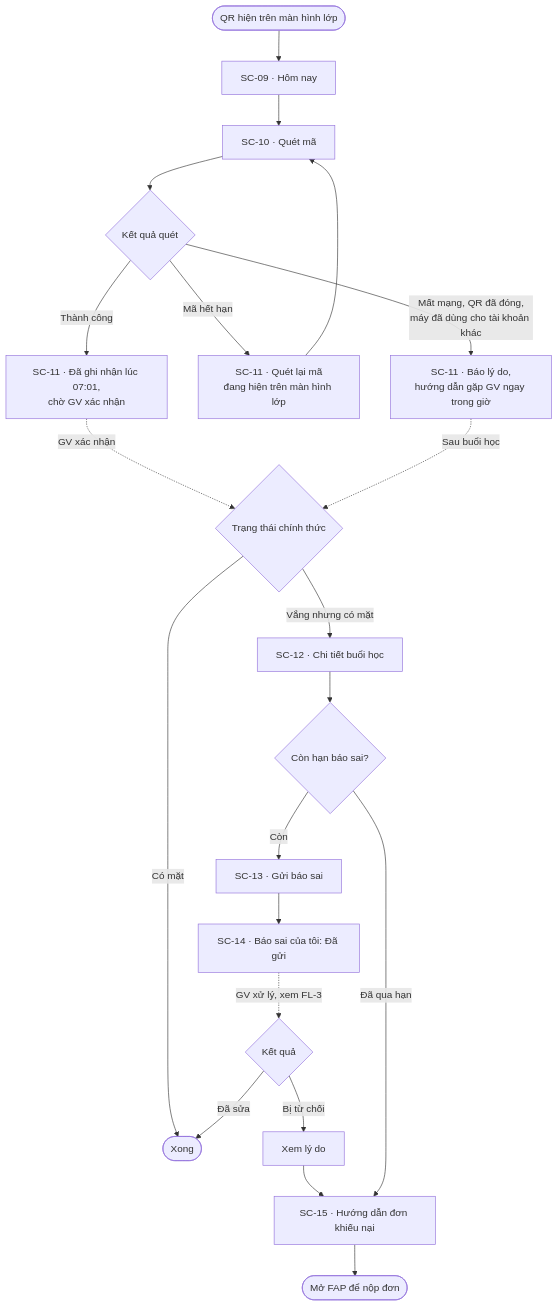
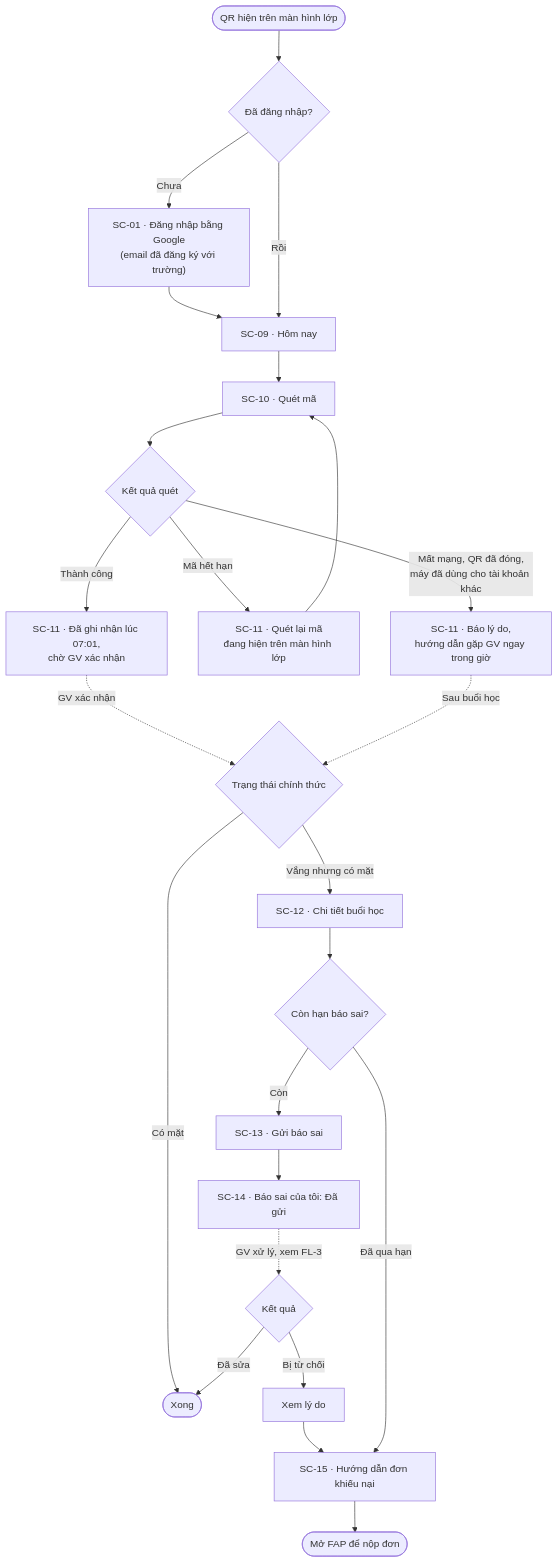
Before and after one commit to thiengthb/prm323-lab2-SE190533-archieve: the third of 4 diagrams in ux/user-flow.md, drawn with Mermaid. The commit also changed other lines of this file and 19 other files, not shown here.

````diff
--- a/ux/user-flow.md
+++ b/ux/user-flow.md
@@ -137,23 +145,26 @@
 ```mermaid
 flowchart TD
-    A([QR hiện trên màn hình lớp]) --> B["SC-09 · Hôm nay"]
+    A([QR hiện trên màn hình lớp]) --> A1{"Đã đăng nhập?"}
+    A1 -->|Chưa| S1["SC-01 · Đăng nhập bằng Google<br/>(email đã đăng ký với trường)"]
+    S1 --> B
+    A1 -->|Rồi| B["SC-09 · Hôm nay"]
     B --> C["SC-10 · Quét mã"]
     C --> D{"Kết quả quét"}
     D -->|Thành công| E["SC-11 · Đã ghi nhận lúc 07:01,<br/>chờ GV xác nhận"]
     D -->|Mã hết hạn| F["SC-11 · Quét lại mã<br/>đang hiện trên màn hình lớp"]
     F --> C
     D -->|"Mất mạng, QR đã đóng,<br/>máy đã dùng cho tài khoản khác"| G["SC-11 · Báo lý do,<br/>hướng dẫn gặp GV ngay trong giờ"]
     E -.->|GV xác nhận| H{"Trạng thái chính thức"}
     G -.->|Sau buổi học| H
     H -->|Có mặt| Z([Xong])
     H -->|Vắng nhưng có mặt| I["SC-12 · Chi tiết buổi học"]
     I --> J{"Còn hạn báo sai?"}
     J -->|Còn| K["SC-13 · Gửi báo sai"]
     K --> L["SC-14 · Báo sai của tôi: Đã gửi"]
     L -.->|GV xử lý, xem FL-3| M{"Kết quả"}
     M -->|Đã sửa| Z
     M -->|Bị từ chối| N["Xem lý do"]
     N --> O["SC-15 · Hướng dẫn đơn khiếu nại"]
     J -->|Đã qua hạn| O
     O --> P([Mở FAP để nộp đơn])
 ```
````
